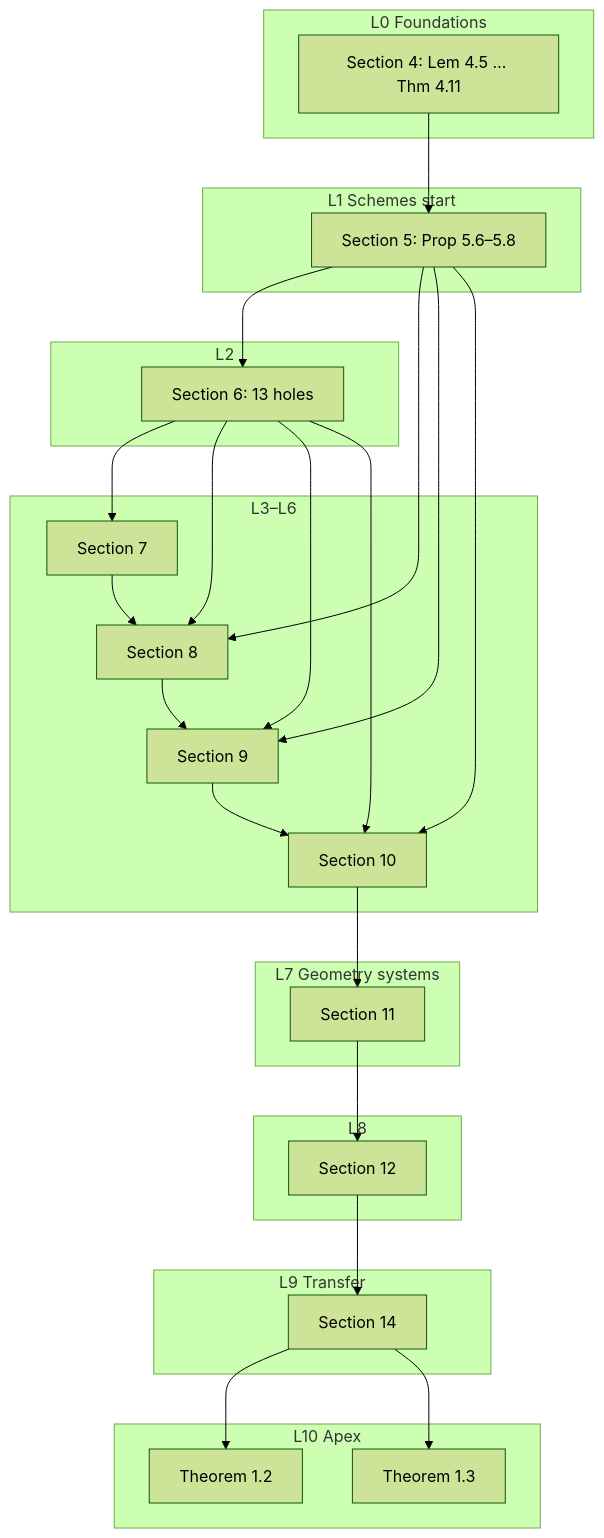
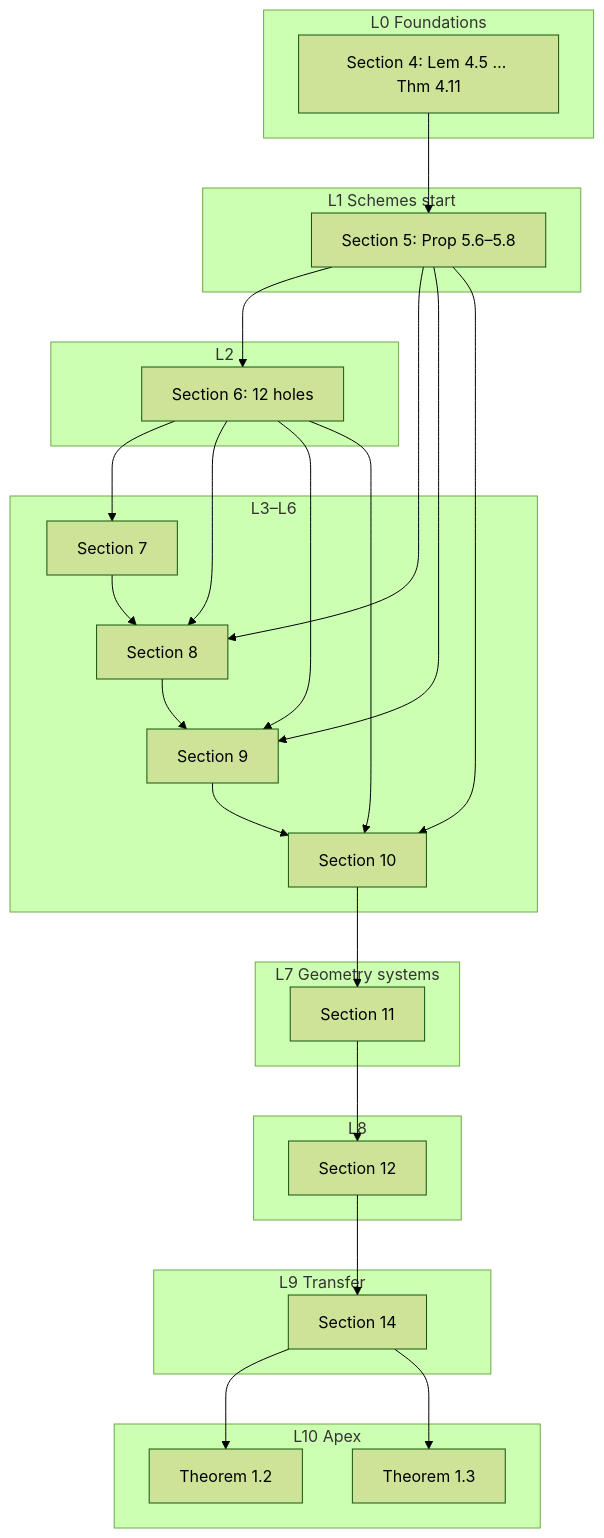
One commit to catskillsresearch/aec changed the diagram in HOLES.md. Above: the diagram before and after it, drawn with Mermaid (forest theme). The commit also changed other lines of this file and 6 other files, not shown here.

````diff
--- a/HOLES.md
+++ b/HOLES.md
@@ -51,40 +51,40 @@
 ```mermaid
 flowchart TD
   subgraph L0 [L0 Foundations]
     S4["Section 4: Lem 4.5 … Thm 4.11"]
   end
   subgraph L1 [L1 Schemes start]
     S5["Section 5: Prop 5.6–5.8"]
   end
   subgraph L2 [L2]
-    S6["Section 6: 13 holes"]
+    S6["Section 6: 12 holes"]
   end
   subgraph L3to6 [L3–L6]
     S7["Section 7"]
     S8["Section 8"]
     S9["Section 9"]
     S10["Section 10"]
   end
   subgraph L7 [L7 Geometry systems]
     S11["Section 11"]
   end
   subgraph L8 [L8]
     S12["Section 12"]
   end
   subgraph L9 [L9 Transfer]
     S14["Section 14"]
   end
   subgraph L10 [L10 Apex]
     T12["Theorem 1.2"]
     T13["Theorem 1.3"]
   end
   S4 --> S5 --> S6 --> S7 --> S8 --> S9 --> S10
   S5 --> S8
   S5 --> S9
   S5 --> S10
   S6 --> S8
   S6 --> S9
   S6 --> S10
   S10 --> S11 --> S12 --> S14 --> T12
   S14 --> T13
 ```
````
